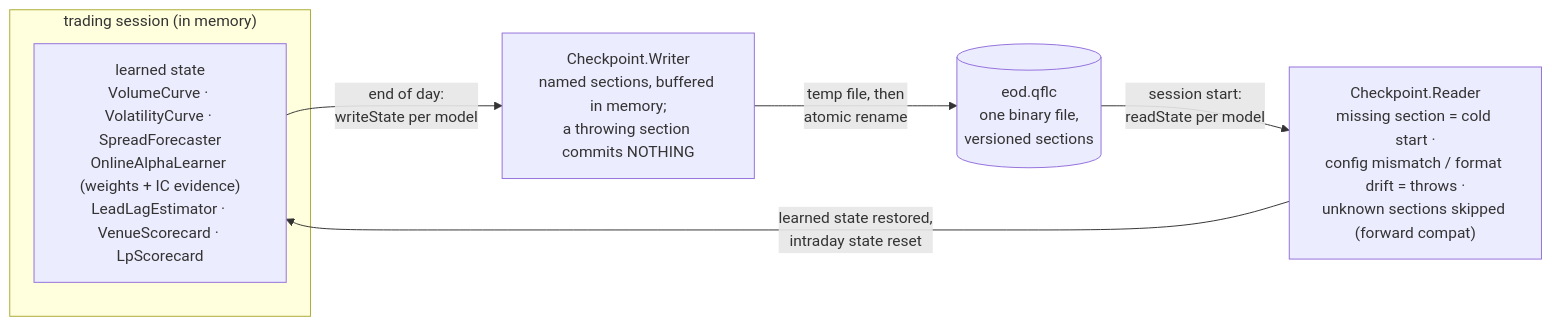
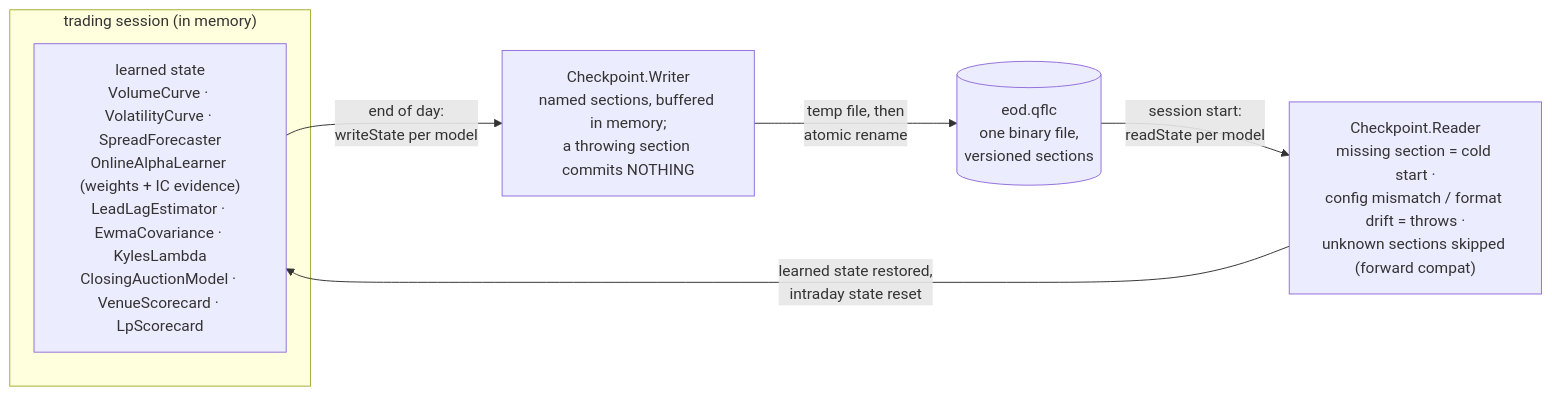
Before and after one commit to AshJha0/Quant-Finance-Library: diagram 12 of 12 in docs/DIAGRAMS.md, drawn with Mermaid. The commit also changed other lines of this file and 27 other files, not shown here.

````diff
--- a/docs/DIAGRAMS.md
+++ b/docs/DIAGRAMS.md
@@ -378,11 +379,11 @@
 ```mermaid
 flowchart LR
     subgraph SESSION["trading session (in memory)"]
-        MODELS["learned state<br/>VolumeCurve · VolatilityCurve · SpreadForecaster<br/>OnlineAlphaLearner (weights + IC evidence)<br/>LeadLagEstimator · VenueScorecard · LpScorecard"]
+        MODELS["learned state<br/>VolumeCurve · VolatilityCurve · SpreadForecaster<br/>OnlineAlphaLearner (weights + IC evidence)<br/>LeadLagEstimator · EwmaCovariance · KylesLambda<br/>ClosingAuctionModel · VenueScorecard · LpScorecard"]
     end
 
     MODELS -->|"end of day:<br/>writeState per model"| W["Checkpoint.Writer<br/>named sections, buffered in memory;<br/>a throwing section commits NOTHING"]
     W -->|"temp file, then<br/>atomic rename"| FILE[("eod.qflc<br/>one binary file,<br/>versioned sections")]
     FILE -->|"session start:<br/>readState per model"| R["Checkpoint.Reader<br/>missing section = cold start ·<br/>config mismatch / format drift = throws ·<br/>unknown sections skipped (forward compat)"]
     R -->|"learned state restored,<br/>intraday state reset"| MODELS
 ```
````
